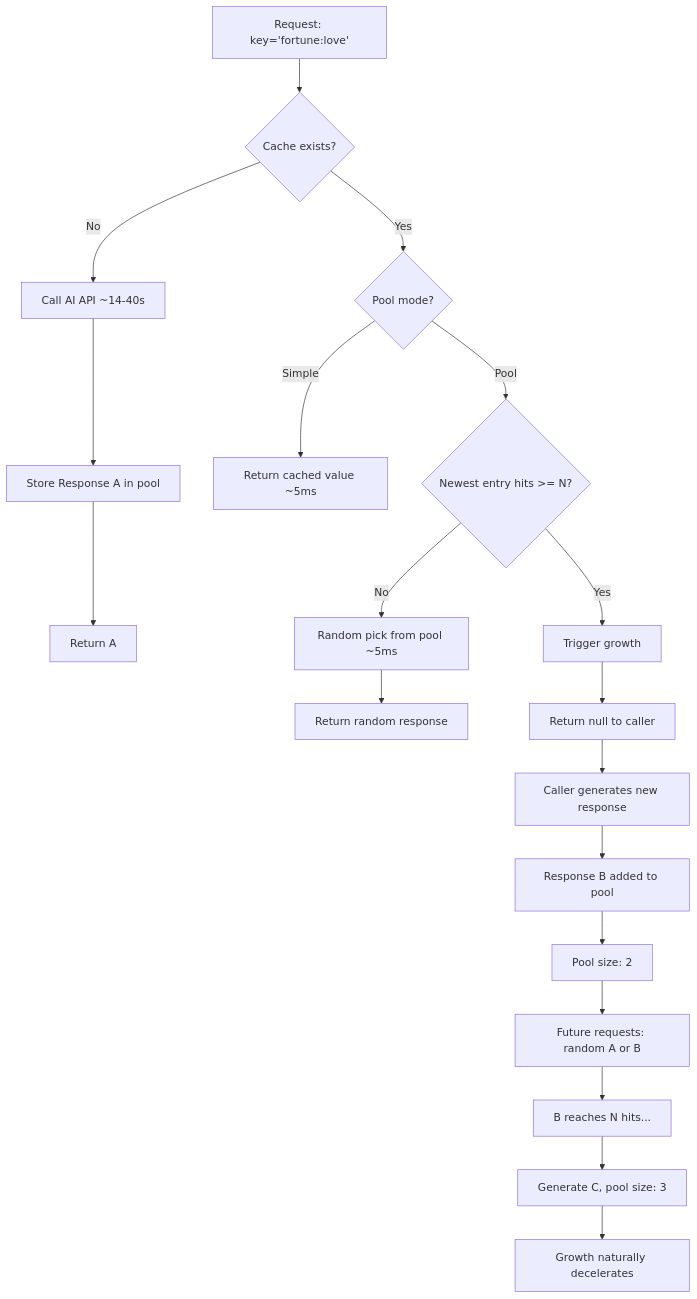
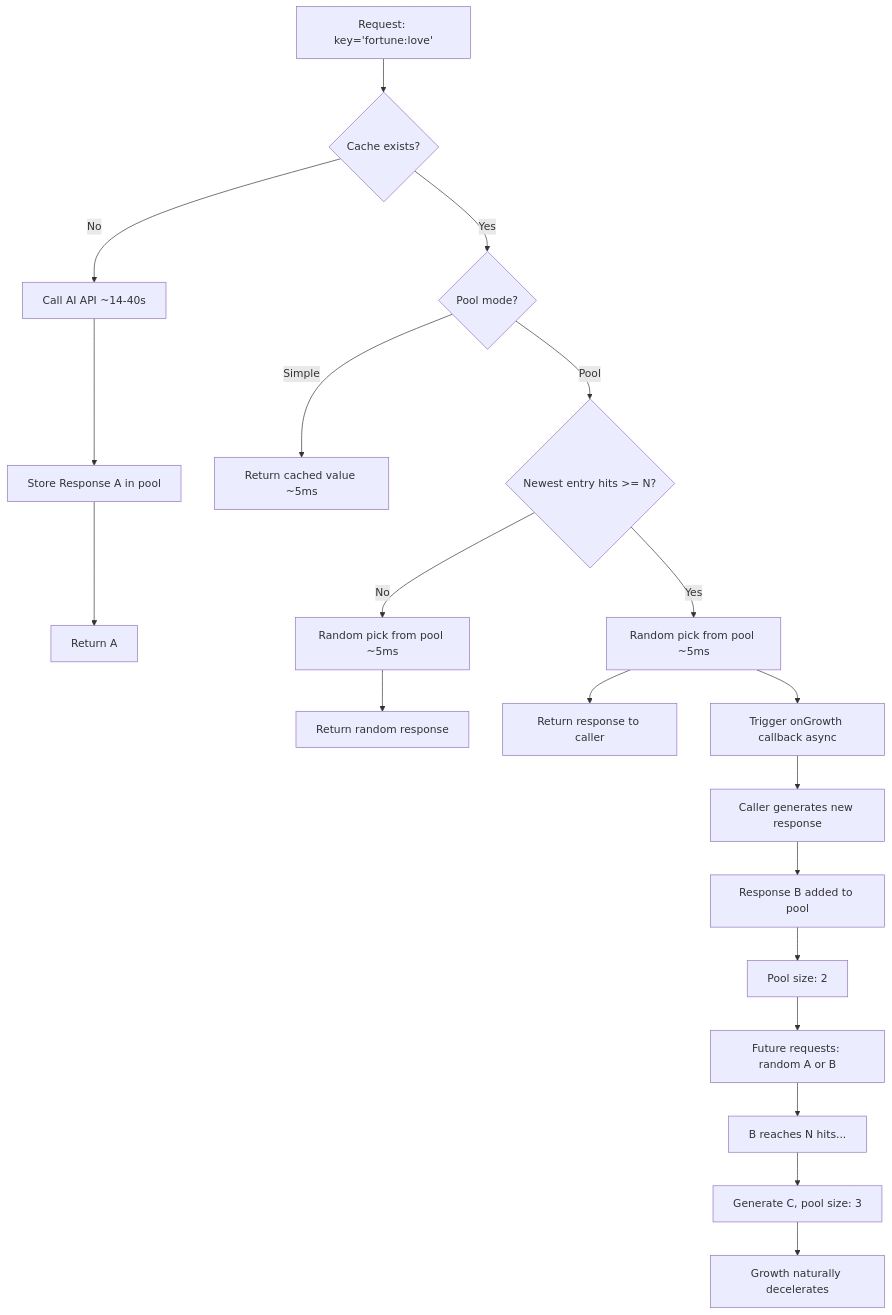
Before and after one commit to nskit-io/growing-pool-cache: the diagram in README.md, drawn with Mermaid. The commit also changed other lines of this file and 5 other files, not shown here.

First line of the commit message:
Refactor: always return response on growth trigger (B pattern)

````diff
--- a/README.md
+++ b/README.md
@@ -22,25 +22,26 @@
 ```mermaid
 flowchart TD
     A[Request: key='fortune:love'] --> B{Cache exists?}
     B -->|No| C[Call AI API ~14-40s]
     C --> D[Store Response A in pool]
     D --> E[Return A]
     
     B -->|Yes| F{Pool mode?}
     F -->|Simple| G[Return cached value ~5ms]
     F -->|Pool| H{Newest entry hits >= N?}
     
     H -->|No| I[Random pick from pool ~5ms]
     I --> J[Return random response]
     
-    H -->|Yes| K[Trigger growth]
-    K --> L[Return null to caller]
-    L --> M[Caller generates new response]
-    M --> N[Response B added to pool]
-    N --> O[Pool size: 2]
+    H -->|Yes| K[Random pick from pool ~5ms]
+    K --> L[Return response to caller]
+    K --> M[Trigger onGrowth callback async]
+    M --> N[Caller generates new response]
+    N --> O[Response B added to pool]
+    O --> P[Pool size: 2]
     
-    O --> P[Future requests: random A or B]
-    P --> Q[B reaches N hits...]
-    Q --> R[Generate C, pool size: 3]
-    R --> S[Growth naturally decelerates]
+    P --> Q[Future requests: random A or B]
+    Q --> R[B reaches N hits...]
+    R --> S[Generate C, pool size: 3]
+    S --> T[Growth naturally decelerates]
 ```
````
